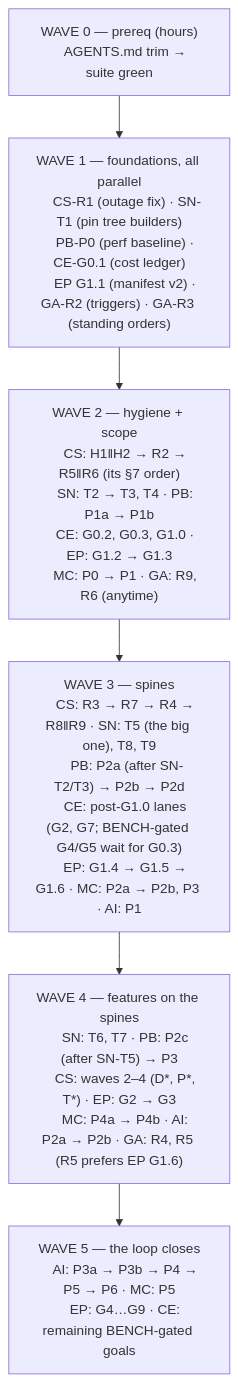
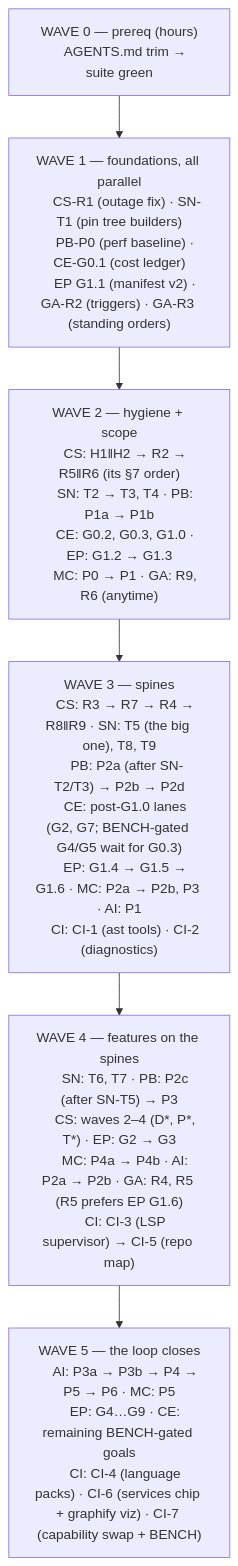
The second of 2 diagrams in docs/design/fable-program-execution-plan.md (G-Research/bobbit), drawn with Mermaid before and after one commit. The commit also changed other lines of this file and 2 other files, not shown here.

````diff
--- a/docs/design/fable-program-execution-plan.md
+++ b/docs/design/fable-program-execution-plan.md
@@ -96,27 +99,30 @@
 ```mermaid
 flowchart TD
     W0["WAVE 0 — prereq (hours)
     AGENTS.md trim → suite green"]
     W1["WAVE 1 — foundations, all parallel
     CS-R1 (outage fix) · SN-T1 (pin tree builders)
     PB-P0 (perf baseline) · CE-G0.1 (cost ledger)
     EP G1.1 (manifest v2) · GA-R2 (triggers) · GA-R3 (standing orders)"]
     W2["WAVE 2 — hygiene + scope
     CS: H1‖H2 → R2 → R5‖R6 (its §7 order)
     SN: T2 → T3, T4 · PB: P1a → P1b
     CE: G0.2, G0.3, G1.0 · EP: G1.2 → G1.3
     MC: P0 → P1 · GA: R9, R6 (anytime)"]
     W3["WAVE 3 — spines
     CS: R3 → R7 → R4 → R8‖R9 · SN: T5 (the big one), T8, T9
     PB: P2a (after SN-T2/T3) → P2b → P2d
     CE: post-G1.0 lanes (G2, G7; BENCH-gated G4/G5 wait for G0.3)
-    EP: G1.4 → G1.5 → G1.6 · MC: P2a → P2b, P3 · AI: P1"]
+    EP: G1.4 → G1.5 → G1.6 · MC: P2a → P2b, P3 · AI: P1
+    CI: CI-1 (ast tools) · CI-2 (diagnostics)"]
     W4["WAVE 4 — features on the spines
     SN: T6, T7 · PB: P2c (after SN-T5) → P3
     CS: waves 2–4 (D*, P*, T*) · EP: G2 → G3
-    MC: P4a → P4b · AI: P2a → P2b · GA: R4, R5 (R5 prefers EP G1.6)"]
+    MC: P4a → P4b · AI: P2a → P2b · GA: R4, R5 (R5 prefers EP G1.6)
+    CI: CI-3 (LSP supervisor) → CI-5 (repo map)"]
     W5["WAVE 5 — the loop closes
     AI: P3a → P3b → P4 → P5 → P6 · MC: P5
-    EP: G4…G9 · CE: remaining BENCH-gated goals"]
+    EP: G4…G9 · CE: remaining BENCH-gated goals
+    CI: CI-4 (language packs) · CI-6 (services chip + graphify viz) · CI-7 (capability swap + BENCH)"]
     W0 --> W1 --> W2 --> W3 --> W4 --> W5
 ```
````
